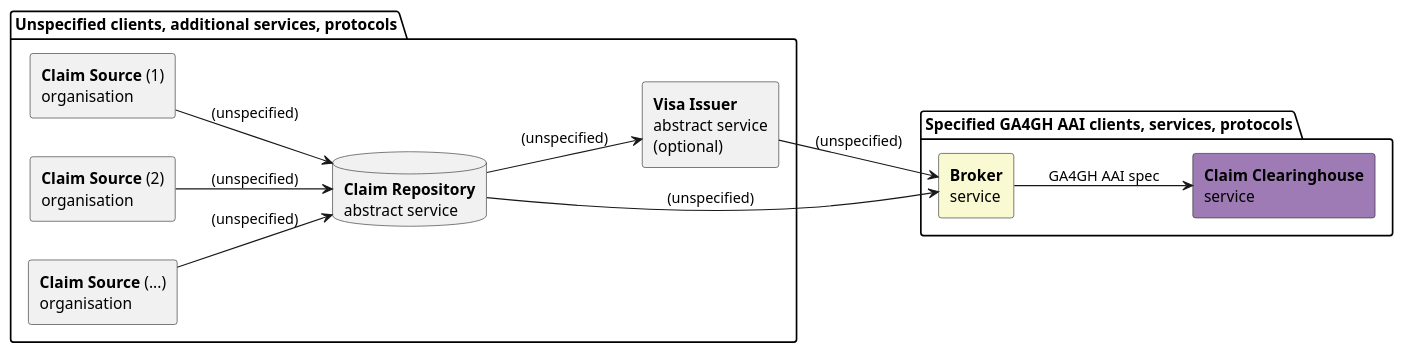
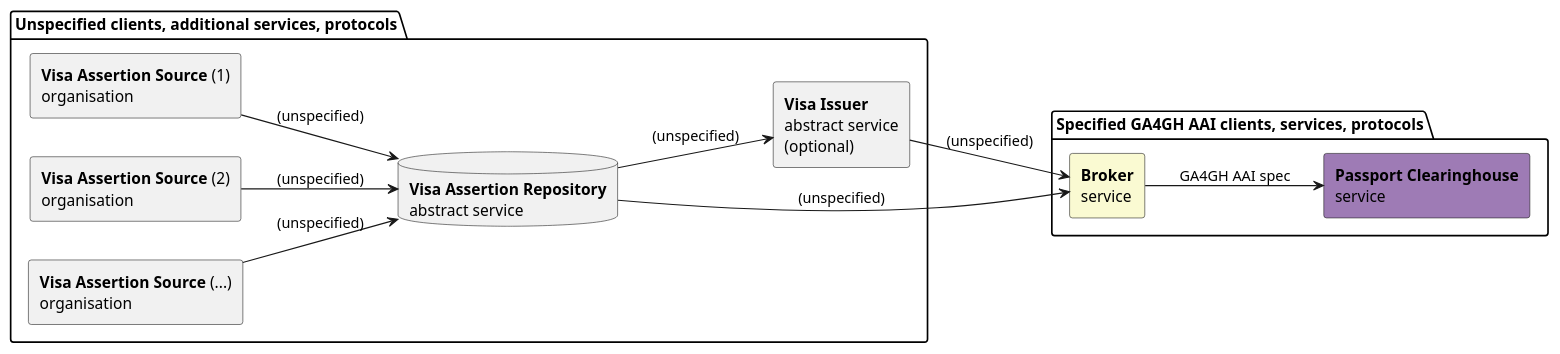
Before and after one commit to ga4gh/data-security: the diagram in AAI/AAIConnectProfile.md, drawn with PlantUML. The commit also changed other lines of this file, not shown here.

```diff
--- a/AAI/AAIConnectProfile.md
+++ b/AAI/AAIConnectProfile.md
@@ -184,29 +185,29 @@
 @startuml
 skinparam componentStyle rectangle
 left to right direction
 
 package "Unspecified clients, additional services, protocols" {
-component "<b>Claim Source</b> (1)\norganisation" as ClaimSource1
-component "<b>Claim Source</b> (2)\norganisation" as ClaimSource2
-component "<b>Claim Source</b> (...)\norganisation" as ClaimSourceN
+component "<b>Visa Assertion Source</b> (1)\norganisation" as VisaSource1
+component "<b>Visa Assertion Source</b> (2)\norganisation" as VisaSource2
+component "<b>Visa Assertion Source</b> (...)\norganisation" as VisaSourceN
 
-database "<b>Claim Repository</b>\nabstract service" as ClaimRepository
+database "<b>Visa Assertion Repository</b>\nabstract service" as VisaRepository
 component "<b>Visa Issuer</b>\nabstract service\n(optional)" as ETI
 }
 
 package "Specified GA4GH AAI clients, services, protocols" {
 component "<b>Broker</b>\nservice" as Broker #FAFAD2
-component "<b>Claim Clearinghouse</b>\nservice" as ClearingHouse #9E7BB5
+component "<b>Passport Clearinghouse</b>\nservice" as ClearingHouse #9E7BB5
 }
 
-ClaimSource1 --> ClaimRepository : (unspecified)
-ClaimSource2 --> ClaimRepository : (unspecified)
-ClaimSourceN --> ClaimRepository : (unspecified)
-ClaimRepository --> ETI : (unspecified)
+VisaSource1 --> VisaRepository : (unspecified)
+VisaSource2 --> VisaRepository : (unspecified)
+VisaSourceN --> VisaRepository : (unspecified)
+VisaRepository --> ETI : (unspecified)
 
 
-ClaimRepository --> Broker : (unspecified)
+VisaRepository --> Broker : (unspecified)
 ETI --> Broker : (unspecified)
 Broker --> ClearingHouse : GA4GH AAI spec
 
 @enduml
```
